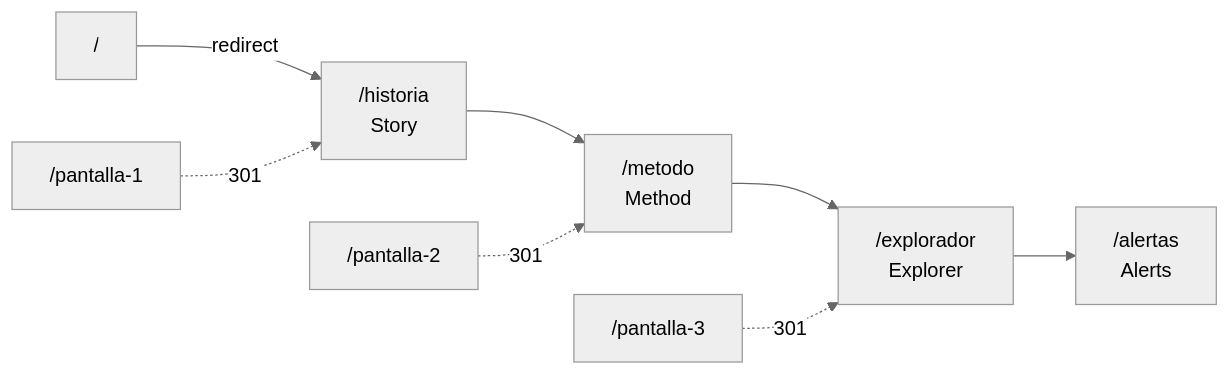
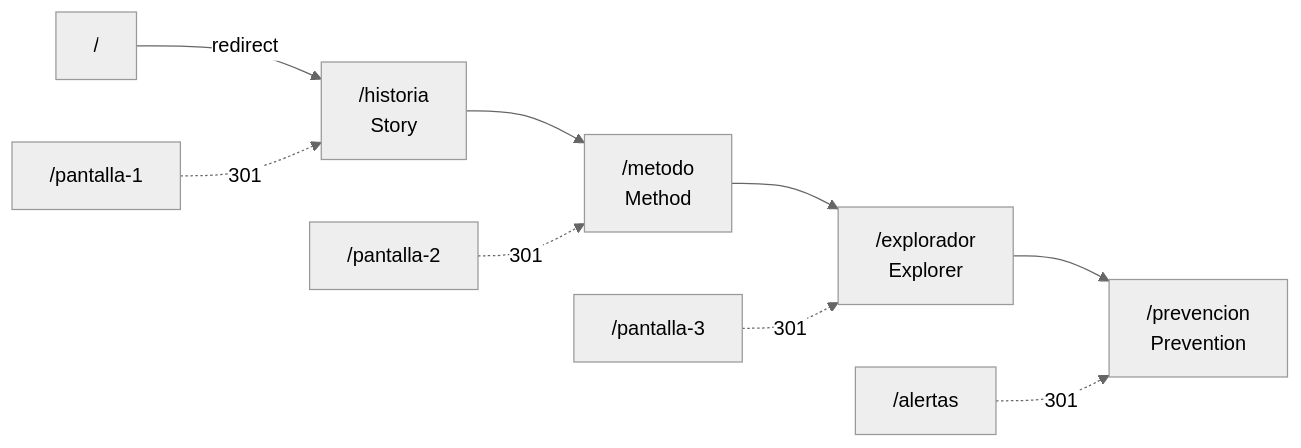
One commit to SebasHuaypar/Yakanas-NASA changed the first of 9 diagrams in frontend/README.md. Above: the diagram before and after it, drawn with Mermaid (neutral theme). The commit also changed other lines of this file and 19 other files, not shown here.

First line of the commit message:
feat(frontend): pagina de prevencion (lugares, vista de campo y temporada) en lugar de alertas

````diff
--- a/frontend/README.md
+++ b/frontend/README.md
@@ -84,8 +84,9 @@
 ```mermaid
 flowchart LR
     Home["/"] -- redirect --> S
-    S["/historia<br/>Story"] --> M["/metodo<br/>Method"] --> E["/explorador<br/>Explorer"] --> A["/alertas<br/>Alerts"]
+    S["/historia<br/>Story"] --> M["/metodo<br/>Method"] --> E["/explorador<br/>Explorer"] --> A["/prevencion<br/>Prevention"]
     O1["/pantalla-1"] -. 301 .-> S
     O2["/pantalla-2"] -. 301 .-> M
     O3["/pantalla-3"] -. 301 .-> E
+    O4["/alertas"] -. 301 .-> A
 ```
````
